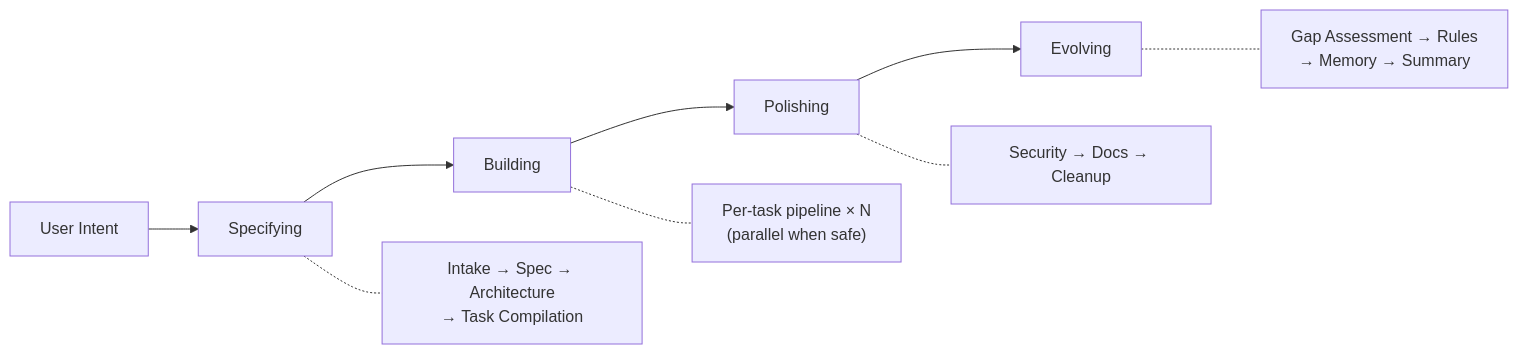
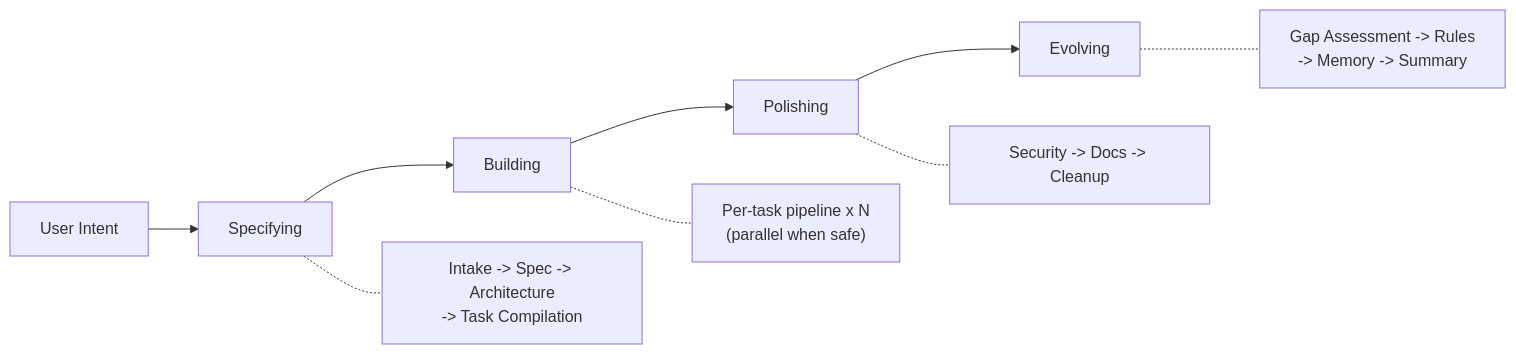
Before and after one commit to choam2426/geas: the diagram in README.md, drawn with Mermaid. The commit also changed other lines of this file and 1 other file, not shown here.

````diff
--- a/README.md
+++ b/README.md
@@ -71,12 +57,12 @@
 ```mermaid
 graph LR
     A[User Intent] --> B[Specifying]
     B --> C[Building]
     C --> D[Polishing]
     D --> E[Evolving]
 
-    B -.- B1["Intake → Spec → Architecture\n→ Task Compilation"]
-    C -.- C1["Per-task pipeline × N\n(parallel when safe)"]
-    D -.- D1["Security → Docs → Cleanup"]
-    E -.- E1["Gap Assessment → Rules\n→ Memory → Summary"]
+    B -.- B1["Intake -> Spec -> Architecture\n-> Task Compilation"]
+    C -.- C1["Per-task pipeline x N\n(parallel when safe)"]
+    D -.- D1["Security -> Docs -> Cleanup"]
+    E -.- E1["Gap Assessment -> Rules\n-> Memory -> Summary"]
 ```
````
